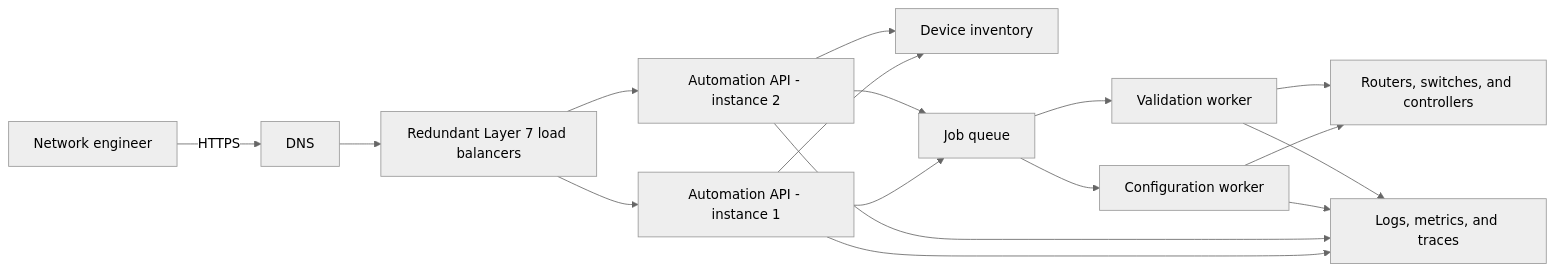
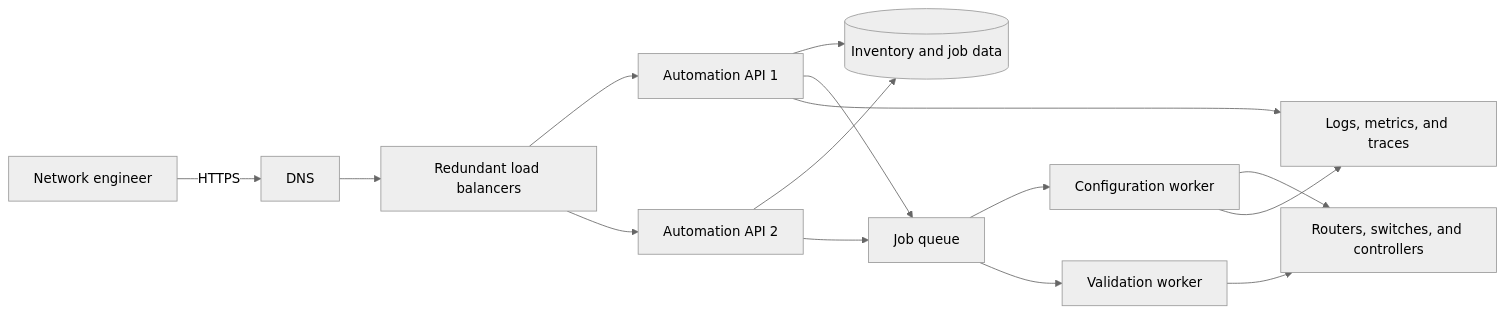
The second of 6 diagrams in Part1/Chapter1.md (tanthanh85/CCNPAUTO), drawn with Mermaid (neutral theme) before and after one commit. The commit also changed other lines of this file and 3 other files, not shown here.

````diff
--- a/Part1/Chapter1.md
+++ b/Part1/Chapter1.md
@@ -42,19 +48,17 @@
 ```mermaid
 flowchart LR
-    U["Network engineer"] -->|HTTPS| DNS["DNS"]
-    DNS --> LB["Redundant Layer 7 load balancers"]
-    LB --> API1["Automation API - instance 1"]
-    LB --> API2["Automation API - instance 2"]
-    API1 --> INV["Device inventory"]
-    API2 --> INV
-    API1 --> Q["Job queue"]
-    API2 --> Q
-    Q --> W1["Configuration worker"]
-    Q --> W2["Validation worker"]
-    W1 --> DEV["Routers, switches, and controllers"]
-    W2 --> DEV
-    API1 --> OBS["Logs, metrics, and traces"]
-    API2 --> OBS
-    W1 --> OBS
-    W2 --> OBS
+    User["Network engineer"] -->|HTTPS| DNS["DNS"]
+    DNS --> LB["Redundant load balancers"]
+    LB --> API1["Automation API 1"]
+    LB --> API2["Automation API 2"]
+    API1 --> Inventory[("Inventory and job data")]
+    API2 --> Inventory
+    API1 --> Queue["Job queue"]
+    API2 --> Queue
+    Queue --> Worker1["Configuration worker"]
+    Queue --> Worker2["Validation worker"]
+    Worker1 --> Devices["Routers, switches, and controllers"]
+    Worker2 --> Devices
+    API1 --> Telemetry["Logs, metrics, and traces"]
+    Worker1 --> Telemetry
 ```
````
